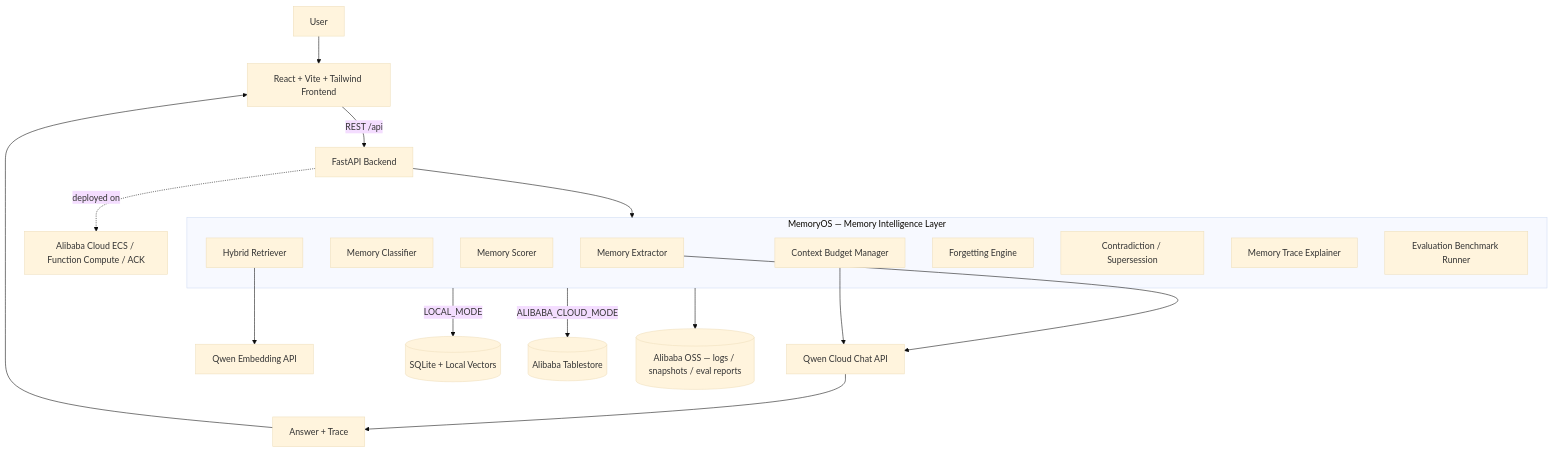
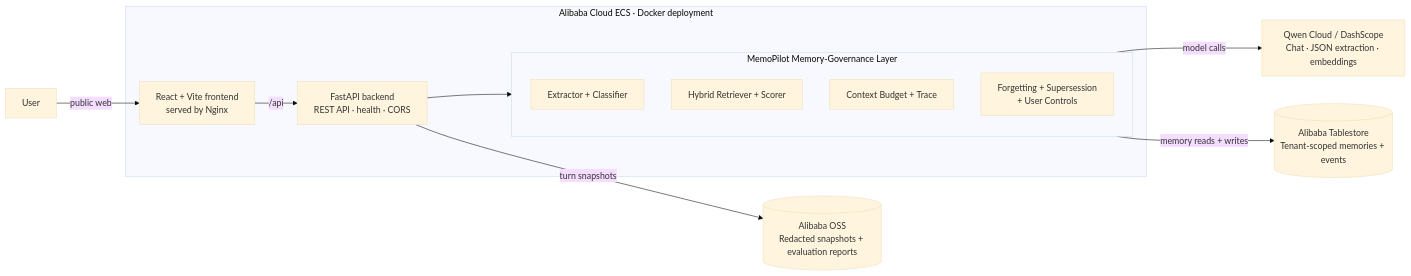
Before and after one commit to MaharMuavia/MaharMuavia: the diagram in memopilot-iq/docs/architecture.md, drawn with Mermaid (base theme). The commit also changed other lines of this file and 388 other files, not shown here.

````diff
--- a/memopilot-iq/docs/architecture.md
+++ b/memopilot-iq/docs/architecture.md
@@ -8,29 +10,28 @@
 ```mermaid
-flowchart TD
-    U[User] --> FE[React + Vite + Tailwind Frontend]
-    FE -->|REST /api| BE[FastAPI Backend]
+flowchart LR
+    U[User]
 
-    subgraph MOS[MemoryOS — Memory Intelligence Layer]
-        EX[Memory Extractor]
-        CL[Memory Classifier]
-        SC[Memory Scorer]
-        RET[Hybrid Retriever]
-        CB[Context Budget Manager]
-        FE2[Forgetting Engine]
-        SUP[Contradiction / Supersession]
-        TR[Memory Trace Explainer]
-        EV[Evaluation Benchmark Runner]
+    subgraph ECS[Alibaba Cloud ECS · Docker deployment]
+        FE[React + Vite frontend<br/>served by Nginx]
+        BE[FastAPI backend<br/>REST API · health · CORS]
+
+        subgraph MG[MemoPilot Memory-Governance Layer]
+            EX[Extractor + Classifier]
+            RT[Hybrid Retriever + Scorer]
+            CB[Context Budget + Trace]
+            LF[Forgetting + Supersession<br/>+ User Controls]
+        end
+
+        FE -->|/api| BE
+        BE --> MG
     end
 
-    BE --> MOS
-    EX --> QC[Qwen Cloud Chat API]
-    RET --> QE[Qwen Embedding API]
-    CB --> QC
-    QC --> RESP[Answer + Trace] --> FE
+    QC[Qwen Cloud / DashScope<br/>Chat · JSON extraction · embeddings]
+    TS[(Alibaba Tablestore<br/>Tenant-scoped memories + events)]
+    OSS[(Alibaba OSS<br/>Redacted snapshots + evaluation reports)]
 
-    MOS -->|LOCAL_MODE| LS[(SQLite + Local Vectors)]
-    MOS -->|ALIBABA_CLOUD_MODE| TS[(Alibaba Tablestore)]
-    MOS --> OSS[(Alibaba OSS — logs / snapshots / eval reports)]
-
-    BE -.deployed on.-> ECS[Alibaba Cloud ECS / Function Compute / ACK]
+    U -->|public web| FE
+    MG -->|model calls| QC
+    MG -->|memory reads + writes| TS
+    BE -->|turn snapshots| OSS
 ```
````
